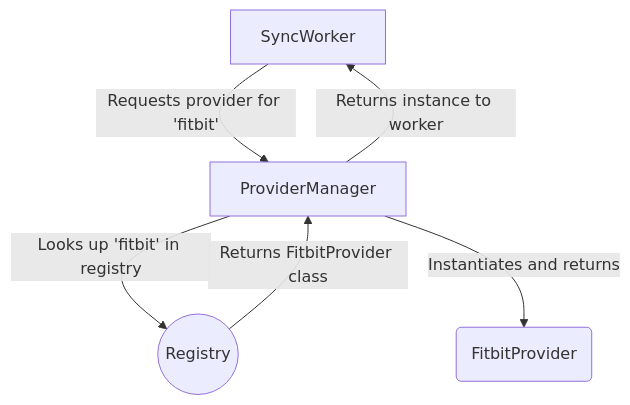
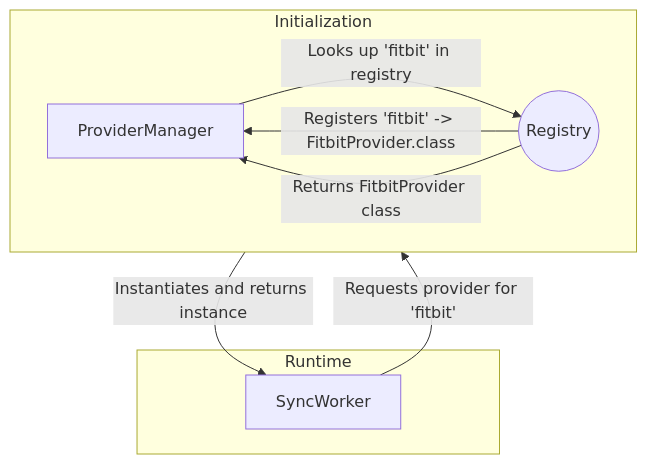
The third of 8 diagrams in 06-technical-architecture.md (dino10bit/healthsync), drawn with Mermaid before and after one commit. The commit also changed other lines of this file and 1 other file, not shown here.

First line of the commit message:
Revise 06-technical-architecture.md based on f-20.md review.

````diff
--- a/06-technical-architecture.md
+++ b/06-technical-architecture.md
@@ -220,8 +267,18 @@
 ```mermaid
 graph TD
-    SyncWorker -- "Requests provider for 'fitbit'" --> ProviderManager;
-    ProviderManager -- "Looks up 'fitbit' in registry" --> Registry((Registry));
-    Registry -- "Returns FitbitProvider class" --> ProviderManager;
-    ProviderManager -- "Instantiates and returns" --> FitbitProvider_instance(FitbitProvider);
-    ProviderManager -- "Returns instance to worker" --> SyncWorker;
+    A[SyncWorker]
+    B[ProviderManager]
+    C((Registry))
+
+    subgraph Initialization
+        direction LR
+        C -- "Registers 'fitbit' -> FitbitProvider.class" --> B
+    end
+
+    subgraph "Runtime"
+        A -- "Requests provider for 'fitbit'" --> B
+        B -- "Looks up 'fitbit' in registry" --> C
+        C -- "Returns FitbitProvider class" --> B
+        B -- "Instantiates and returns instance" --> A
+    end
 ```
````
